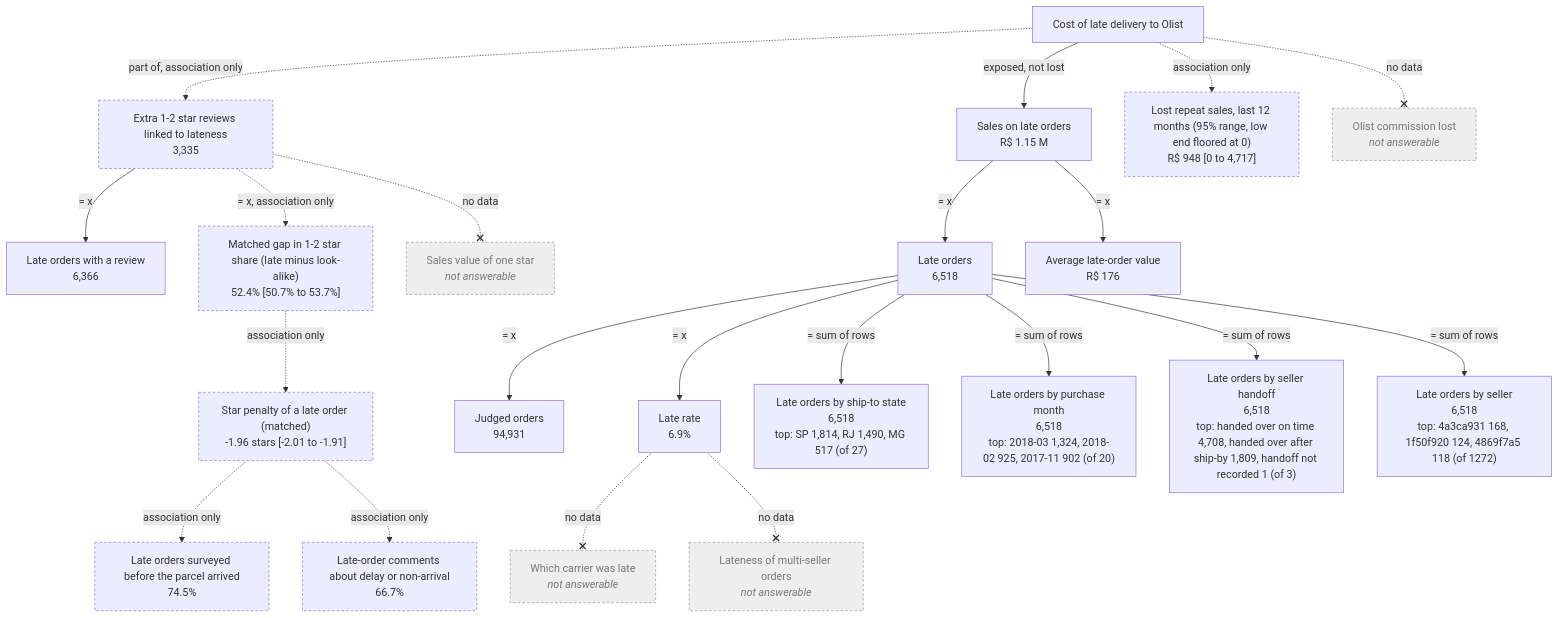
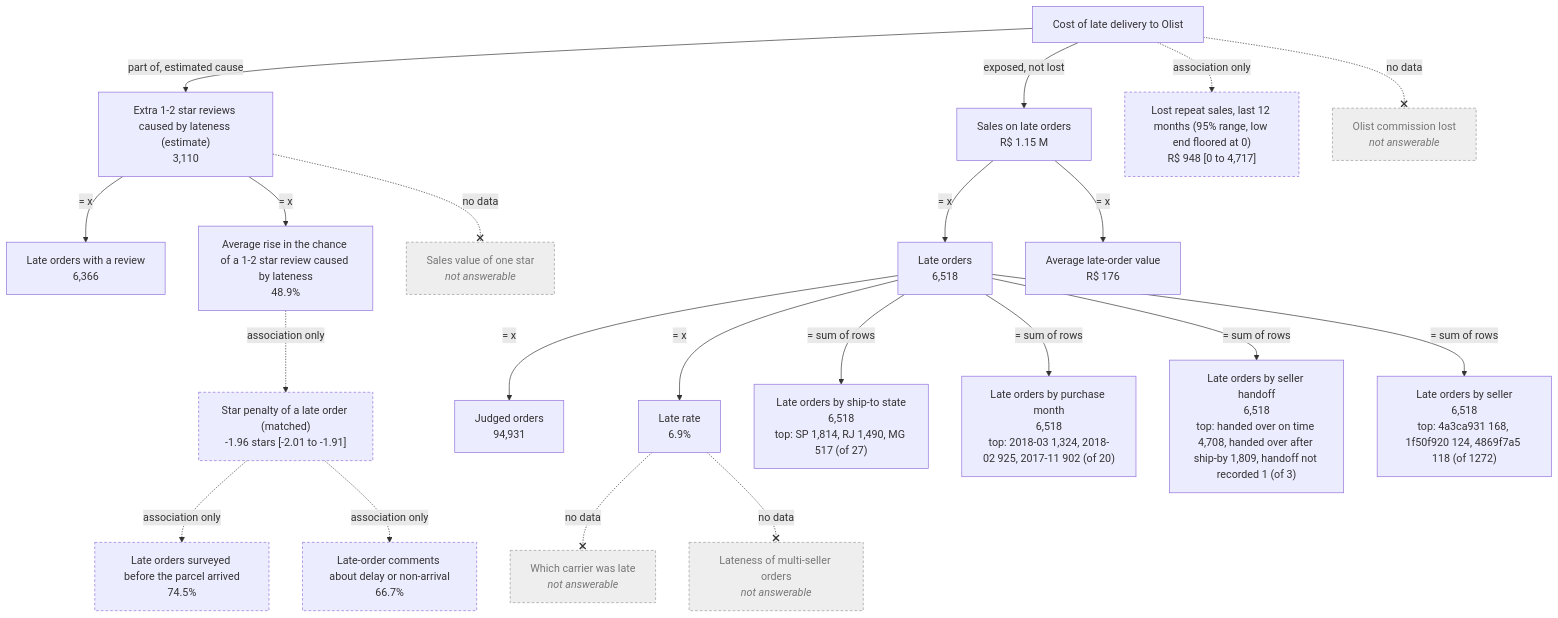
Before and after one commit to mikemoose1/olist-ecommerce-analytics: the diagram in story/kpi_tree.mmd, drawn with Mermaid. The commit also changed 26 other files, not shown here.

```diff
--- a/story/kpi_tree.mmd
+++ b/story/kpi_tree.mmd
@@ -1,46 +1,46 @@
 flowchart TD
   cost["Cost of late delivery to Olist"]
-  low_star_excess["Extra 1-2 star reviews linked to lateness<br/>3,335"]
+  low_star_excess["Extra 1-2 star reviews caused by lateness (estimate)<br/>3,110"]
   late_reviewed["Late orders with a review<br/>6,366"]
-  excess_low_star_share["Matched gap in 1-2 star share (late minus look-alike)<br/>52.4% [50.7% to 53.7%]"]
+  caused_rise["Average rise in the chance of a 1-2 star review caused by lateness<br/>48.9%"]
   star_penalty["Star penalty of a late order (matched)<br/>-1.96 stars [-2.01 to -1.91]"]
   survey_before_share["Late orders surveyed before the parcel arrived<br/>74.5%"]
   comment_not_arrived_share["Late-order comments about delay or non-arrival<br/>66.7%"]
   late_sales["Sales on late orders<br/>R$ 1.15 M"]
   late_orders["Late orders<br/>6,518"]
   avg_late_order_value["Average late-order value<br/>R$ 176"]
   judged_orders["Judged orders<br/>94,931"]
   late_rate["Late rate<br/>6.9%"]
   late_by_state["Late orders by ship-to state<br/>6,518<br/>top: SP 1,814, RJ 1,490, MG 517 (of 27)"]
   late_by_month["Late orders by purchase month<br/>6,518<br/>top: 2018-03 1,324, 2018-02 925, 2017-11 902 (of 20)"]
   late_by_handoff["Late orders by seller handoff<br/>6,518<br/>top: handed over on time 4,708, handed over after ship-by 1,809, handoff not recorded 1 (of 3)"]
   late_by_seller["Late orders by seller<br/>6,518<br/>top: 4a3ca931 168, 1f50f920 124, 4869f7a5 118 (of 1272)"]
   lost_repeat_sales["Lost repeat sales, last 12 months (95% range, low end floored at 0)<br/>R$ 948 [0 to 4,717]"]
   commission["Olist commission lost<br/><i>not answerable</i>"]
   star_sales_value["Sales value of one star<br/><i>not answerable</i>"]
   carrier["Which carrier was late<br/><i>not answerable</i>"]
   multi_seller_arrival["Lateness of multi-seller orders<br/><i>not answerable</i>"]
-  cost -.->|"part of, association only"| low_star_excess
+  cost -->|"part of, estimated cause"| low_star_excess
   low_star_excess -->|"= x"| late_reviewed
-  low_star_excess -.->|"= x, association only"| excess_low_star_share
-  excess_low_star_share -.->|association only| star_penalty
+  low_star_excess -->|"= x"| caused_rise
+  caused_rise -.->|association only| star_penalty
   star_penalty -.->|association only| survey_before_share
   star_penalty -.->|association only| comment_not_arrived_share
   cost -->|"exposed, not lost"| late_sales
   late_sales -->|"= x"| late_orders
   late_sales -->|"= x"| avg_late_order_value
   late_orders -->|"= x"| judged_orders
   late_orders -->|"= x"| late_rate
   late_orders -->|= sum of rows| late_by_state
   late_orders -->|= sum of rows| late_by_month
   late_orders -->|= sum of rows| late_by_handoff
   late_orders -->|= sum of rows| late_by_seller
   cost -.->|association only| lost_repeat_sales
   cost -.-x|no data| commission
   low_star_excess -.-x|no data| star_sales_value
   late_rate -.-x|no data| carrier
   late_rate -.-x|no data| multi_seller_arrival
   classDef na fill:#eee,stroke:#999,color:#777,stroke-dasharray:4 3
   classDef assoc stroke-dasharray:4 3
   class commission,star_sales_value,carrier,multi_seller_arrival na
-  class low_star_excess,excess_low_star_share,star_penalty,survey_before_share,comment_not_arrived_share,lost_repeat_sales assoc
+  class star_penalty,survey_before_share,comment_not_arrived_share,lost_repeat_sales assoc
```
